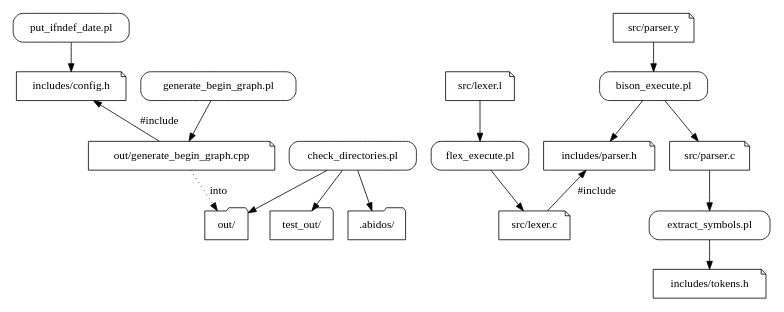
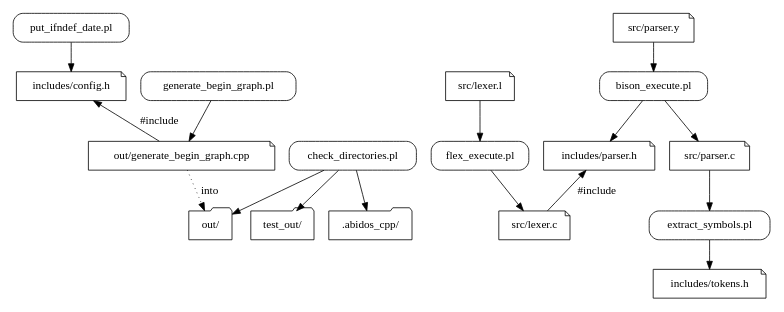
Before and after one commit to fructu/abidos_cpp_doc: the diagram in programmer_manual/chapter_making/making_1.dot, drawn with Graphviz. The commit also changed 25 other files, not shown here.

Commit message:
changed abidos -> abidos_cpp

```diff
--- a/programmer_manual/chapter_making/making_1.dot
+++ b/programmer_manual/chapter_making/making_1.dot
@@ -1,118 +1,118 @@
 digraph R {
   size ="8, 16!";
   fontsize = 6;
 //  rankdir=LR;
 //  node [style=rounded]
 
   _1_put_ifndef_date [
     style="rounded",
     shape=box,
     label="put_ifndef_date.pl"
   ]
 
   config [
     shape=note,
     label="includes/config.h"
   ]
 
   _2_check_directories [
     style="rounded",  
     shape=box,
     label="check_directories.pl"
   ]
 
   out[
     shape=folder,
     label="out/"
   ]
 
   test_out[
     shape=folder,
     label="test_out/"
   ]
 
   abidos_folder[
     shape=folder,
-    label=".abidos/"
+    label=".abidos_cpp/"
   ]
 
   _3_generate_begin_graph [
     style="rounded",
     shape=box,
     label="generate_begin_graph.pl",
   ]
 
   generate_begin_graph_cpp[
     shape=note,
     label="out/generate_begin_graph.cpp"
   ]
 
   _4_bison_execute [
     style="rounded",
     shape=box,
     label="bison_execute.pl",
   ]
 
   parser_y[
     shape=note,
     label="src/parser.y"
   ]
 
   parser_c[
     shape=note,
     label="src/parser.c"
   ]
 
   parser_h[
     shape=note,
     label="includes/parser.h"
   ]
 
   _5_extract_symbols [
     style="rounded",
     shape=box,
     label="extract_symbols.pl",
   ]
 
   tokens_h[
     shape=note,
     label="includes/tokens.h"
   ]
 
   _6_flex_execute [
     style="rounded",
     shape=box,
     label="flex_execute.pl",
   ]
 
   lexer_l[
     shape=note,
     label="src/lexer.l"
   ]
 
   lexer_c[
     shape=note,
     label="src/lexer.c"
   ]
 
   _1_put_ifndef_date -> config;
 
   _2_check_directories -> out;
   _2_check_directories -> test_out;
   _2_check_directories -> abidos_folder;
 
   _3_generate_begin_graph -> generate_begin_graph_cpp ;
   config -> generate_begin_graph_cpp [label="#include", dir="back"];
   generate_begin_graph_cpp -> out [label="into", style="dotted"];
 
   parser_y -> _4_bison_execute;
   _4_bison_execute -> parser_h;
   _4_bison_execute -> parser_c;
 
   parser_c -> _5_extract_symbols;
   _5_extract_symbols -> tokens_h;
 
   lexer_l -> _6_flex_execute;
   _6_flex_execute -> lexer_c;
   parser_h -> lexer_c [label="#include", dir="back"];
 }
```
